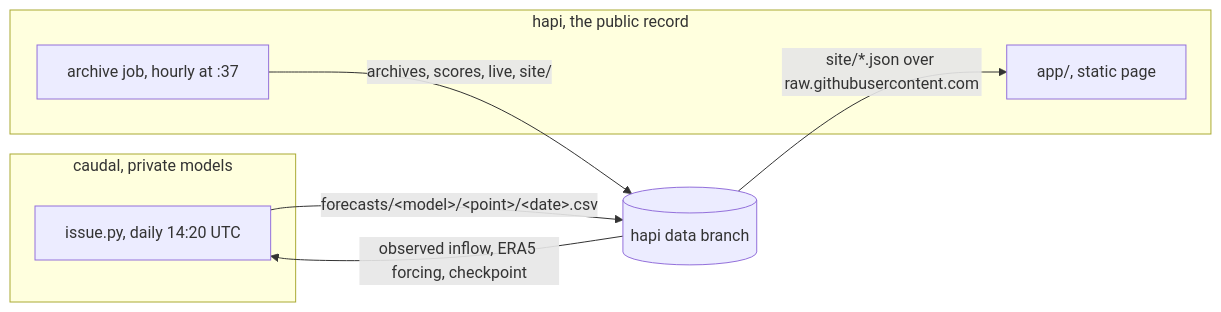
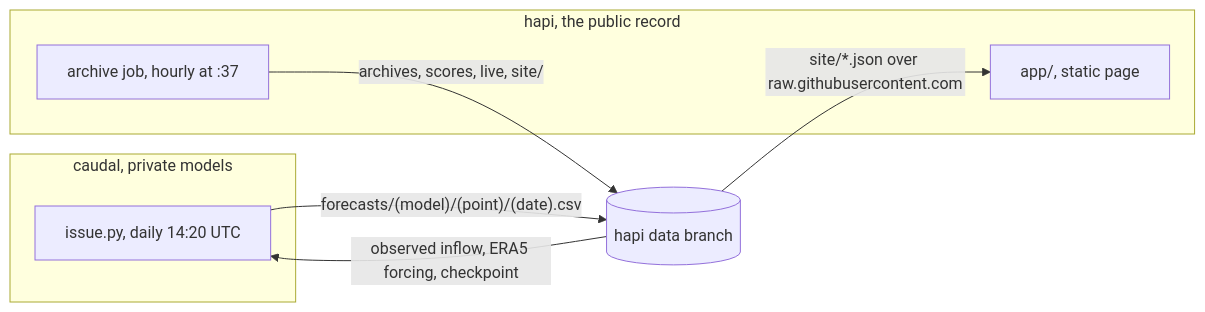
The first of 4 diagrams in docs/ARCHITECTURE.md (sotarolab/hapi), drawn with Mermaid before and after one commit. The commit also changed other lines of this file and 1 other file, not shown here.

Commit message:
Keep angle brackets out of the Mermaid labels

````diff
--- a/docs/ARCHITECTURE.md
+++ b/docs/ARCHITECTURE.md
@@ -29,15 +29,15 @@
 ```mermaid
 flowchart LR
   subgraph caudal [caudal, private models]
     ISSUE["issue.py, daily 14:20 UTC"]
   end
   subgraph hapi [hapi, the public record]
     JOB["archive job, hourly at :37"]
     PAGE["app/, static page"]
   end
   DATA[("hapi data branch")]
   DATA -- "observed inflow, ERA5 forcing, checkpoint" --> ISSUE
-  ISSUE -- "forecasts/&lt;model&gt;/&lt;point&gt;/&lt;date&gt;.csv" --> DATA
+  ISSUE -- "forecasts/(model)/(point)/(date).csv" --> DATA
   JOB -- "archives, scores, live, site/" --> DATA
   DATA -- "site/*.json over raw.githubusercontent.com" --> PAGE
 ```
````
